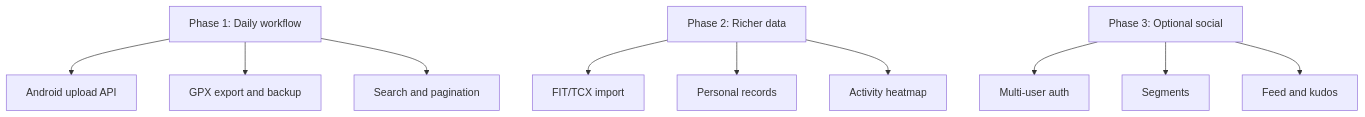
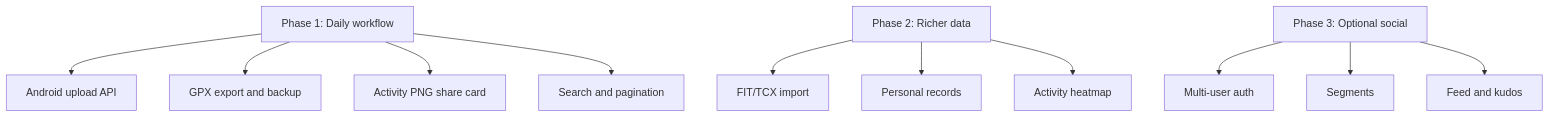
Before and after one commit to guyver2/tracks: the second of 2 diagrams in improvement.md, drawn with Mermaid. The commit also changed other lines of this file and 12 other files, not shown here.

Commit message:
Add activity type icons and a PNG share card for outings.

````diff
--- a/improvement.md
+++ b/improvement.md
@@ -247,18 +268,19 @@
 ```mermaid
 flowchart TD
   phase1[Phase 1: Daily workflow]
   phase2[Phase 2: Richer data]
   phase3[Phase 3: Optional social]
 
   phase1 --> sync[Android upload API]
   phase1 --> export[GPX export and backup]
+  phase1 --> sharecard[Activity PNG share card]
   phase1 --> search[Search and pagination]
 
   phase2 --> fit[FIT/TCX import]
   phase2 --> pr[Personal records]
   phase2 --> heatmap[Activity heatmap]
 
   phase3 --> auth[Multi-user auth]
   phase3 --> segments[Segments]
   phase3 --> social[Feed and kudos]
 ```
````
